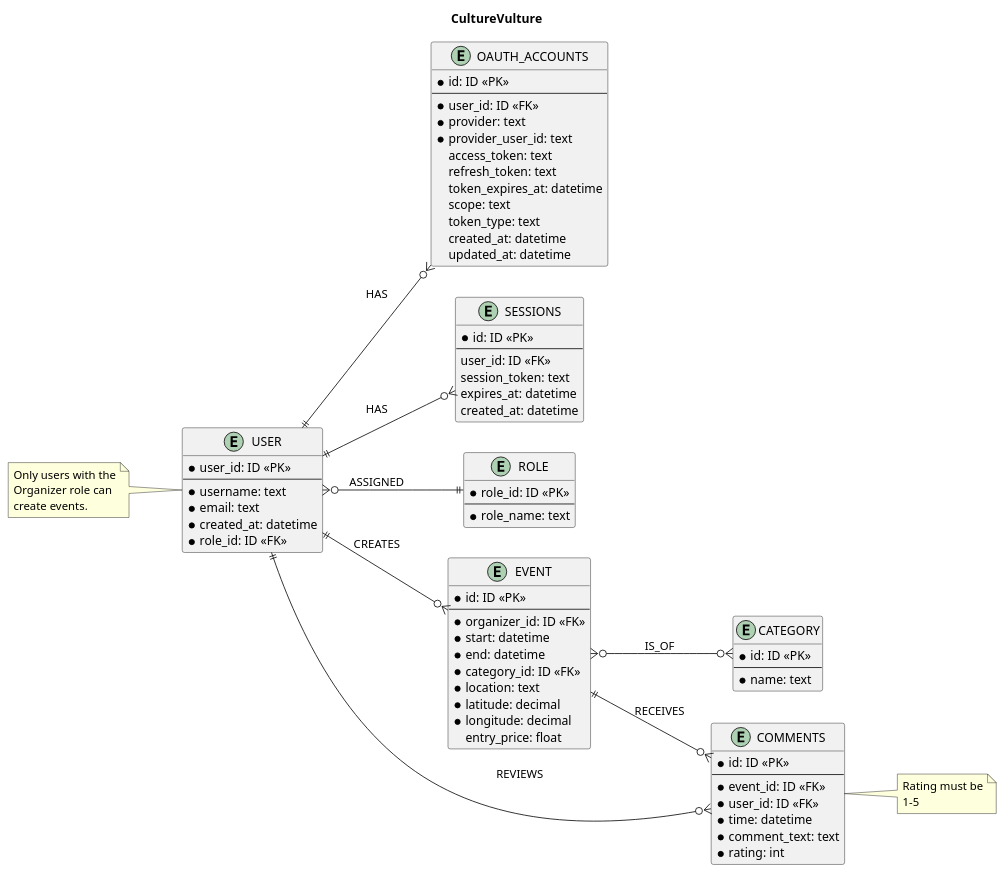
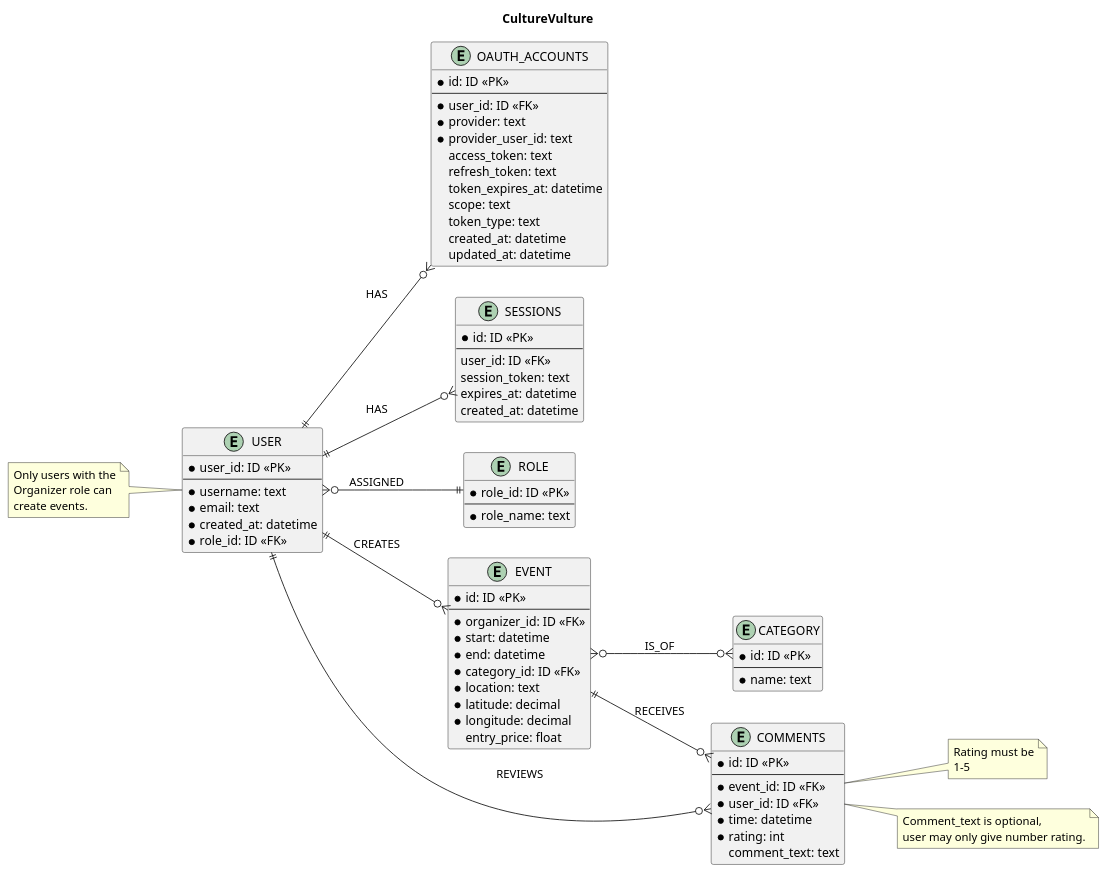
The diagram in docs/puml/4-2-culturevulture-data-ERD.puml (CultureVultureFer/culture-vulture), drawn with PlantUML before and after one commit. The commit also changed 1 other file, not shown here.

Commit message:
Fix ERD diagram for issue #42

```diff
--- a/docs/puml/4-2-culturevulture-data-ERD.puml
+++ b/docs/puml/4-2-culturevulture-data-ERD.puml
@@ -4,94 +4,100 @@
 @startuml
 title CultureVulture
 left to right direction
 
 
 entity "USER" as user {
    * user_id: ID <<PK>>
    --
    * username: text
    * email: text
    * created_at: datetime
    * role_id: ID <<FK>>
 }
 
 entity "OAUTH_ACCOUNTS" as oauth_accounts {
    * id: ID <<PK>>
    --
    * user_id: ID <<FK>>
    * provider: text
    * provider_user_id: text
    access_token: text
    refresh_token: text
    token_expires_at: datetime
    scope: text
    token_type: text
    created_at: datetime
    updated_at: datetime
 }
 
 entity "SESSIONS" as sessions {
    *id: ID <<PK>>
    --
    user_id: ID <<FK>>
    session_token: text
    expires_at: datetime
    created_at: datetime
 }
 
 entity "ROLE" as role {
    *role_id: ID <<PK>>
    --
    *role_name: text
 }
 
 entity "EVENT" as event {
    *id: ID <<PK>>
    --
    *organizer_id: ID <<FK>>
    *start: datetime
    *end: datetime
    *category_id: ID <<FK>>
    *location: text
    *latitude: decimal
    *longitude: decimal
    entry_price: float
 }
 
 entity "COMMENTS" as comments {
    *id: ID <<PK>>
    --
    *event_id: ID <<FK>>
    *user_id: ID <<FK>>
    *time: datetime
-   *comment_text: text
    *rating: int
+   comment_text: text
 }
 
 entity "CATEGORY" as category {
    *id: ID <<PK>>
    --
    *name: text
 }
 
 user ||--o{ oauth_accounts : HAS
 user ||--o{ sessions: HAS
 user }o--|| role: ASSIGNED
 user ||--o{ event: CREATES
 user ||--o{ comments: REVIEWS
 event ||--o{ comments: RECEIVES
 event }o--o{ category: IS_OF
 
 
 note left of user
   Only users with the
   Organizer role can
   create events.
 end note
 
 note right of comments
   Rating must be
   1-5
 end note
 
+note right of comments
+   Comment_text is optional,
+   user may only give number rating.
+end note
+
+
 @enduml
```
